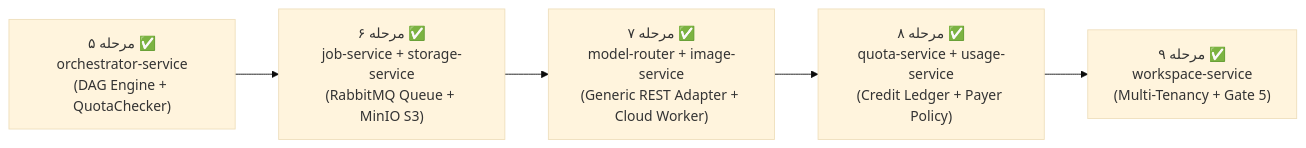
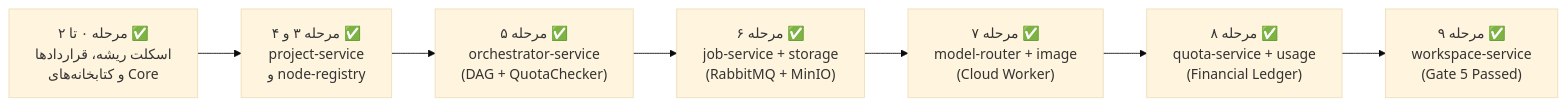
The first of 2 diagrams in docs/lemmo/03-backend/roadmap.md (itstalentnet/dotdive), drawn with Mermaid (base theme) before and after one commit. The commit also changed other lines of this file and 7 other files, not shown here.

Commit message:
Add new documentation entries for platform security audit and request context governance; unify backend roadmap

````diff
--- a/docs/lemmo/03-backend/roadmap.md
+++ b/docs/lemmo/03-backend/roadmap.md
@@ -46,7 +44,9 @@
 ```mermaid
 flowchart LR
-    S5["مرحله ۵ ✅<br>orchestrator-service<br>(DAG Engine + QuotaChecker)"] --> S6["مرحله ۶ ✅<br>job-service + storage-service<br>(RabbitMQ Queue + MinIO S3)"]
-    S6 --> S7["مرحله ۷ ✅<br>model-router + image-service<br>(Generic REST Adapter + Cloud Worker)"]
-    S7 --> S8["مرحله ۸ ✅<br>quota-service + usage-service<br>(Credit Ledger + Payer Policy)"]
-    S8 --> S9["مرحله ۹ ✅<br>workspace-service<br>(Multi-Tenancy + Gate 5)"]
+    S0["مرحله ۰ تا ۲ ✅<br>اسکلت ریشه، قراردادها<br>و کتابخانه‌های Core"] --> S3["مرحله ۳ و ۴ ✅<br>project-service<br>و node-registry"]
+    S3 --> S5["مرحله ۵ ✅<br>orchestrator-service<br>(DAG + QuotaChecker)"]
+    S5 --> S6["مرحله ۶ ✅<br>job-service + storage<br>(RabbitMQ + MinIO)"]
+    S6 --> S7["مرحله ۷ ✅<br>model-router + image<br>(Cloud Worker)"]
+    S7 --> S8["مرحله ۸ ✅<br>quota-service + usage<br>(Financial Ledger)"]
+    S8 --> S9["مرحله ۹ ✅<br>workspace-service<br>(Gate 5 Passed)"]
 ```
````
